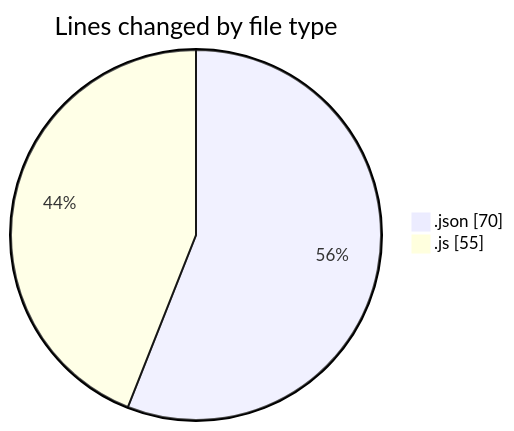
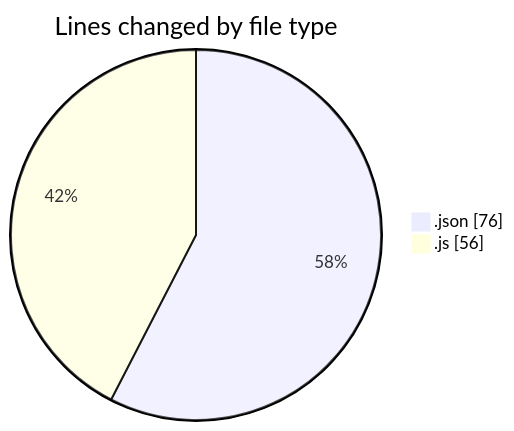
One commit to yexinjia/code-tracking changed the first of 2 diagrams in 2026-07-31/mono-test/README.md. Above: the diagram before and after it, drawn with Mermaid. The commit also changed other lines of this file and 1 other file, not shown here.

````diff
--- a/2026-07-31/mono-test/README.md
+++ b/2026-07-31/mono-test/README.md
@@ -21,6 +21,6 @@
 ```mermaid
 pie showData
 title Lines changed by file type
-".json" : 70
-".js" : 55
+".json" : 76
+".js" : 56
 ```
````
